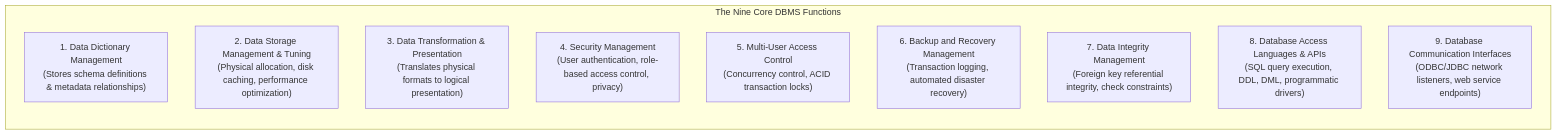
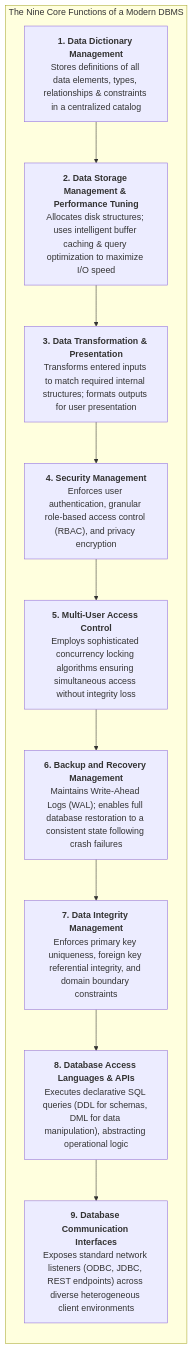
Before and after one commit to Fake1Doge/Obsidian-notes: diagram 18 of 58 in Y2S1/CCA202 Database Fundamentals.md, drawn with Mermaid. The commit also changed other lines of this file and 9 other files, not shown here.

````diff
--- a/Y2S1/CCA202 Database Fundamentals.md
+++ b/Y2S1/CCA202 Database Fundamentals.md
@@ -200,15 +671,18 @@
 ```mermaid
 flowchart TD
-    subgraph DBMSFunctions["The Nine Core DBMS Functions"]
+    subgraph TheNineFunctions["The Nine Core Functions of a Modern DBMS"]
         direction TB
-        F1["1. Data Dictionary Management<br/>(Stores schema definitions & metadata relationships)"]
-        F2["2. Data Storage Management & Tuning<br/>(Physical allocation, disk caching, performance optimization)"]
-        F3["3. Data Transformation & Presentation<br/>(Translates physical formats to logical presentation)"]
-        F4["4. Security Management<br/>(User authentication, role-based access control, privacy)"]
-        F5["5. Multi-User Access Control<br/>(Concurrency control, ACID transaction locks)"]
-        F6["6. Backup and Recovery Management<br/>(Transaction logging, automated disaster recovery)"]
-        F7["7. Data Integrity Management<br/>(Foreign key referential integrity, check constraints)"]
-        F8["8. Database Access Languages & APIs<br/>(SQL query execution, DDL, DML, programmatic drivers)"]
-        F9["9. Database Communication Interfaces<br/>(ODBC/JDBC network listeners, web service endpoints)"]
+
+        F1["<b>1. Data Dictionary Management</b><br/>Stores definitions of all data elements, types, relationships & constraints in a centralized catalog"]
+        F2["<b>2. Data Storage Management & Performance Tuning</b><br/>Allocates disk structures; uses intelligent buffer caching & query optimization to maximize I/O speed"]
+        F3["<b>3. Data Transformation & Presentation</b><br/>Transforms entered inputs to match required internal structures; formats outputs for user presentation"]
+        F4["<b>4. Security Management</b><br/>Enforces user authentication, granular role-based access control (RBAC), and privacy encryption"]
+        F5["<b>5. Multi-User Access Control</b><br/>Employs sophisticated concurrency locking algorithms ensuring simultaneous access without integrity loss"]
+        F6["<b>6. Backup and Recovery Management</b><br/>Maintains Write-Ahead Logs (WAL); enables full database restoration to a consistent state following crash failures"]
+        F7["<b>7. Data Integrity Management</b><br/>Enforces primary key uniqueness, foreign key referential integrity, and domain boundary constraints"]
+        F8["<b>8. Database Access Languages & APIs</b><br/>Executes declarative SQL queries (DDL for schemas, DML for data manipulation), abstracting operational logic"]
+        F9["<b>9. Database Communication Interfaces</b><br/>Exposes standard network listeners (ODBC, JDBC, REST endpoints) across diverse heterogeneous client environments"]
+
+        F1 --> F2 --> F3 --> F4 --> F5 --> F6 --> F7 --> F8 --> F9
     end
 ```
````
